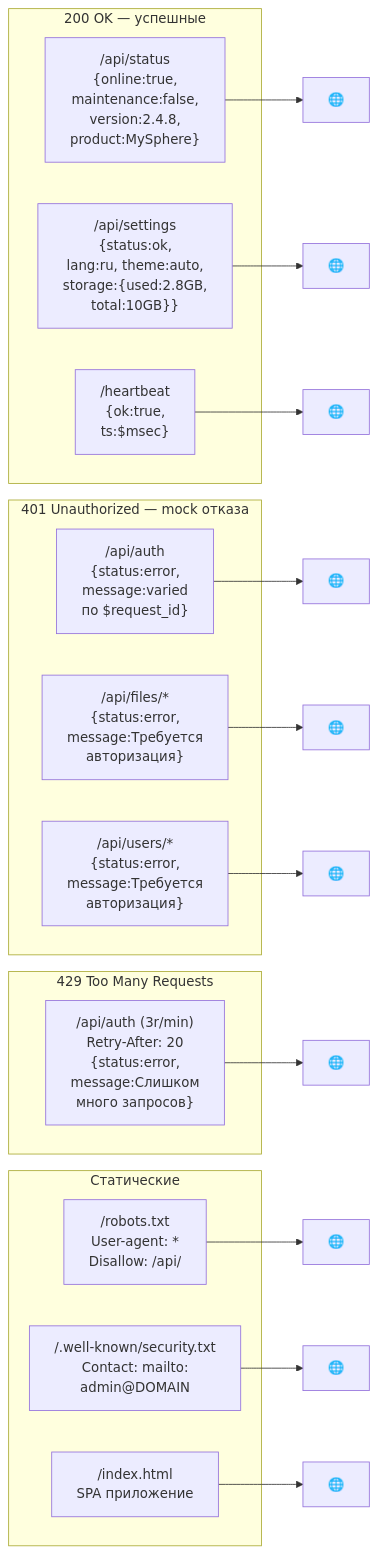
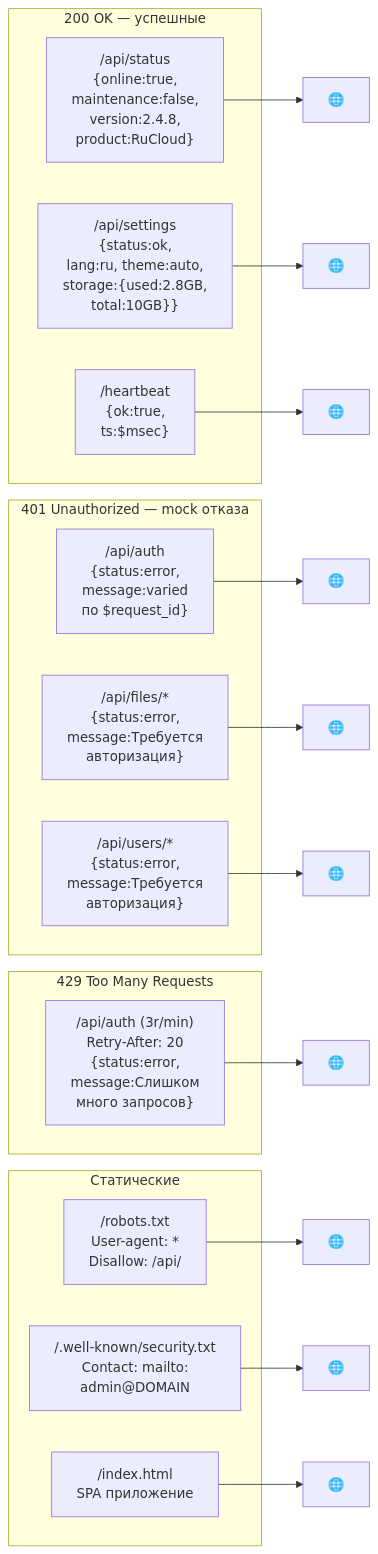
One commit to Armruswest2024/RuCloud changed the second of 14 diagrams in docs/myshpere-logic.md. Above: the diagram before and after it, drawn with Mermaid. The commit also changed other lines of this file and 12 other files, not shown here.

````diff
--- a/docs/myshpere-logic.md
+++ b/docs/myshpere-logic.md
@@ -48,46 +48,46 @@
 ```mermaid
 flowchart LR
   subgraph 200_OK [200 OK — успешные]
-    S1["/api/status\n{online:true,\n maintenance:false,\n version:2.4.8,\n product:MySphere}"]
+    S1["/api/status\n{online:true,\n maintenance:false,\n version:2.4.8,\n product:RuCloud}"]
     S2["/api/settings\n{status:ok,\n lang:ru, theme:auto,\n storage:{used:2.8GB,\n total:10GB}}"]
     S3["/heartbeat\n{ok:true,\n ts:$msec}"]
   end
 
   subgraph 401_Unauthorized [401 Unauthorized — mock отказа]
     A1["/api/auth\n{status:error,\n message:varied\n по $request_id}"]
     A2["/api/files/*\n{status:error,\n message:Требуется\n авторизация}"]
     A3["/api/users/*\n{status:error,\n message:Требуется\n авторизация}"]
   end
 
   subgraph 429_RateLimited [429 Too Many Requests]
     R1["/api/auth (3r/min)\nRetry-After: 20\n{status:error,\n message:Слишком\n много запросов}"]
   end
 
   subgraph Static [Статические]
     ST1["/robots.txt\nUser-agent: *\nDisallow: /api/"]
     ST2["/.well-known/security.txt\nContact: mailto:\nadmin@DOMAIN"]
     ST3["/index.html\nSPA приложение"]
   end
 
   S1 --> ClientA
   S2 --> ClientB
   S3 --> ClientC
   A1 --> ClientD
   A2 --> ClientE
   A3 --> ClientF
   R1 --> ClientG
   ST1 --> ClientH
   ST2 --> ClientI
   ST3 --> ClientJ
 
   ClientA["🌐"]
   ClientB["🌐"]
   ClientC["🌐"]
   ClientD["🌐"]
   ClientE["🌐"]
   ClientF["🌐"]
   ClientG["🌐"]
   ClientH["🌐"]
   ClientI["🌐"]
   ClientJ["🌐"]
 ```
````
